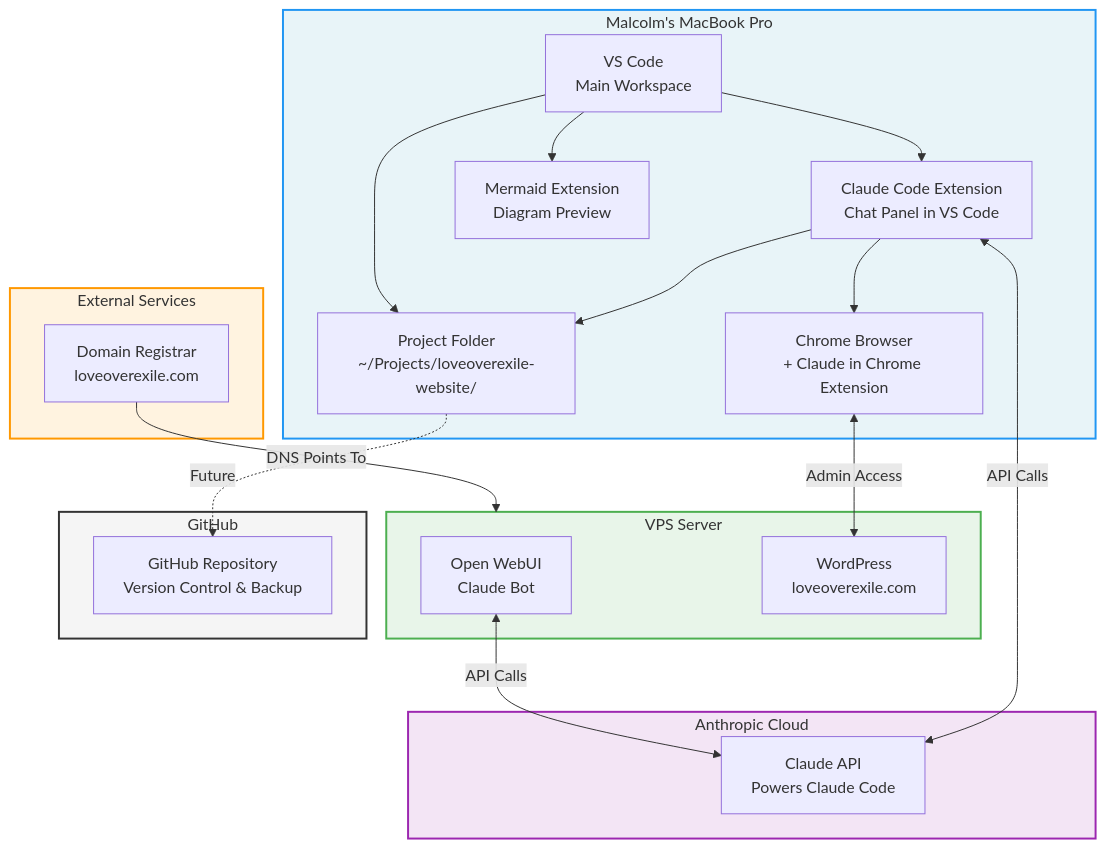
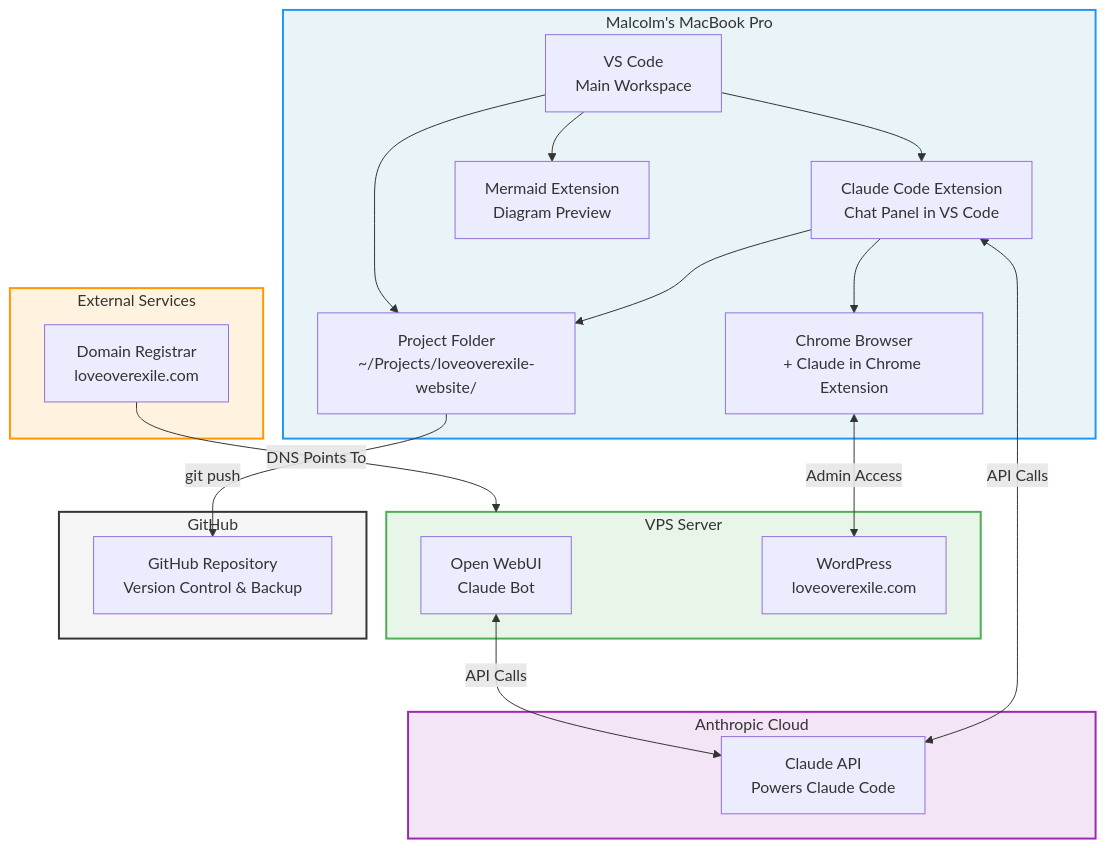
Before and after one commit to MrSmithNL/loveoverexile-website: the diagram in docs/architecture.md, drawn with Mermaid. The commit also changed other lines of this file and 3 other files, not shown here.

````diff
--- a/docs/architecture.md
+++ b/docs/architecture.md
@@ -11,45 +11,45 @@
 ```mermaid
 graph TD
     subgraph LOCAL["Malcolm's MacBook Pro"]
         VSCODE[VS Code<br/>Main Workspace]
         CCEXT[Claude Code Extension<br/>Chat Panel in VS Code]
         MERMAID[Mermaid Extension<br/>Diagram Preview]
         PROJ[Project Folder<br/>~/Projects/loveoverexile-website/]
         BROWSER[Chrome Browser<br/>+ Claude in Chrome Extension]
 
         VSCODE --> CCEXT
         VSCODE --> MERMAID
         CCEXT --> PROJ
         VSCODE --> PROJ
         CCEXT --> BROWSER
     end
 
     subgraph ANTHROPIC["Anthropic Cloud"]
         API[Claude API<br/>Powers Claude Code]
     end
 
     subgraph VPS["VPS Server"]
         OWUI[Open WebUI<br/>Claude Bot]
         WP[WordPress<br/>loveoverexile.com]
     end
 
     subgraph GITHUB["GitHub"]
         GH[GitHub Repository<br/>Version Control & Backup]
     end
 
     subgraph EXTERNAL["External Services"]
         DOMAIN[Domain Registrar<br/>loveoverexile.com]
     end
 
     CCEXT <-->|API Calls| API
     BROWSER <-->|Admin Access| WP
     DOMAIN -->|DNS Points To| VPS
     OWUI <-->|API Calls| API
-    PROJ -.->|Future| GH
+    PROJ -->|git push| GH
 
     style LOCAL fill:#e8f4f8,stroke:#2196F3,stroke-width:2px
     style ANTHROPIC fill:#f3e5f5,stroke:#9C27B0,stroke-width:2px
     style VPS fill:#e8f5e9,stroke:#4CAF50,stroke-width:2px
     style EXTERNAL fill:#fff3e0,stroke:#FF9800,stroke-width:2px
     style GITHUB fill:#f5f5f5,stroke:#333,stroke-width:2px
 ```
````
